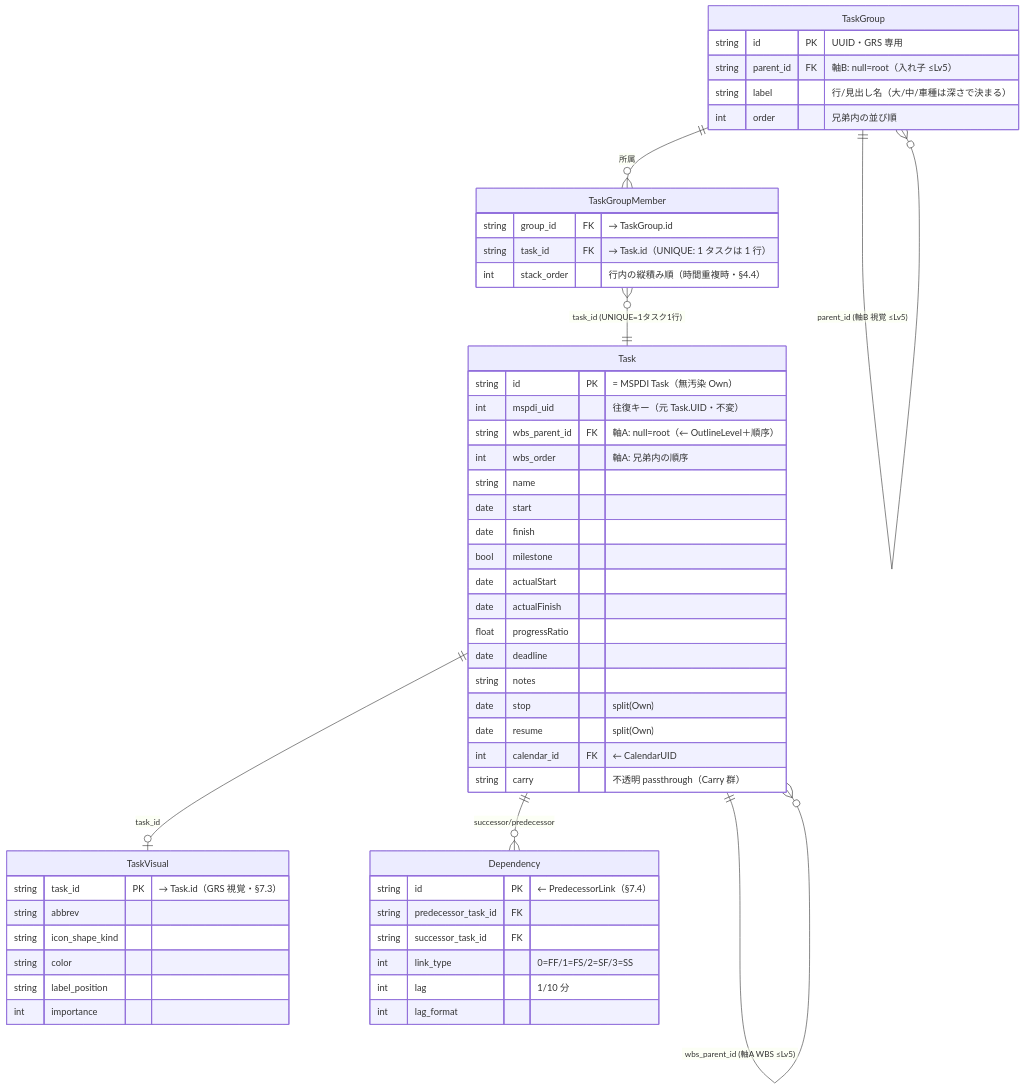
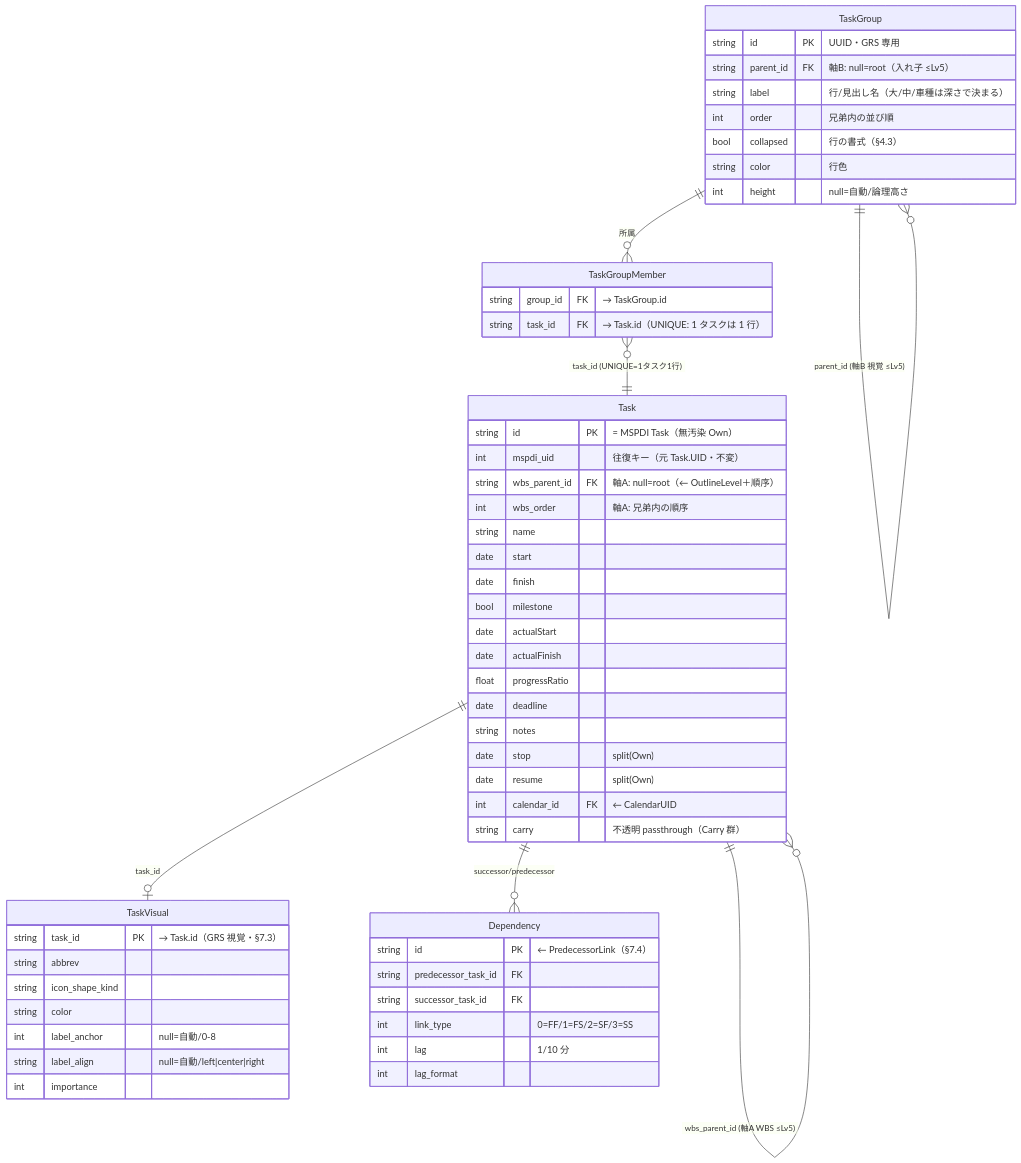
Before and after one commit to GoodRelax/gr-scheduler: the second of 3 diagrams in docs/spec/_assets/grs-data-model-ja.md, drawn with Mermaid. The commit also changed other lines of this file and 2 other files, not shown here.

````diff
--- a/docs/spec/_assets/grs-data-model-ja.md
+++ b/docs/spec/_assets/grs-data-model-ja.md
@@ -33,56 +33,59 @@
 ```mermaid
 erDiagram
     Task ||--o{ Task : "wbs_parent_id (軸A WBS ≤Lv5)"
     TaskGroup ||--o{ TaskGroup : "parent_id (軸B 視覚 ≤Lv5)"
     TaskGroup ||--o{ TaskGroupMember : "所属"
     TaskGroupMember }o--|| Task : "task_id (UNIQUE=1タスク1行)"
     Task ||--o| TaskVisual : "task_id"
     Task ||--o{ Dependency : "successor/predecessor"
 
     Task {
         string id PK "= MSPDI Task（無汚染 Own）"
         int mspdi_uid "往復キー（元 Task.UID・不変）"
         string wbs_parent_id FK "軸A: null=root（← OutlineLevel＋順序）"
         int wbs_order "軸A: 兄弟内の順序"
         string name
         date start
         date finish
         bool milestone
         date actualStart
         date actualFinish
         float progressRatio
         date deadline
         string notes
         date stop "split(Own)"
         date resume "split(Own)"
         int calendar_id FK "← CalendarUID"
         string carry "不透明 passthrough（Carry 群）"
     }
     TaskGroup {
         string id PK "UUID・GRS 専用"
         string parent_id FK "軸B: null=root（入れ子 ≤Lv5）"
         string label "行/見出し名（大/中/車種は深さで決まる）"
         int order "兄弟内の並び順"
+        bool collapsed "行の書式（§4.3）"
+        string color "行色"
+        int height "null=自動/論理高さ"
     }
     TaskGroupMember {
         string group_id FK "→ TaskGroup.id"
         string task_id FK "→ Task.id（UNIQUE: 1 タスクは 1 行）"
-        int stack_order "行内の縦積み順（時間重複時・§4.4）"
     }
     TaskVisual {
         string task_id PK "→ Task.id（GRS 視覚・§7.3）"
         string abbrev
         string icon_shape_kind
         string color
-        string label_position
+        int label_anchor "null=自動/0-8"
+        string label_align "null=自動/left|center|right"
         int importance
     }
     Dependency {
         string id PK "← PredecessorLink（§7.4）"
         string predecessor_task_id FK
         string successor_task_id FK
         int link_type "0=FF/1=FS/2=SF/3=SS"
         int lag "1/10 分"
         int lag_format
     }
 ```
````
